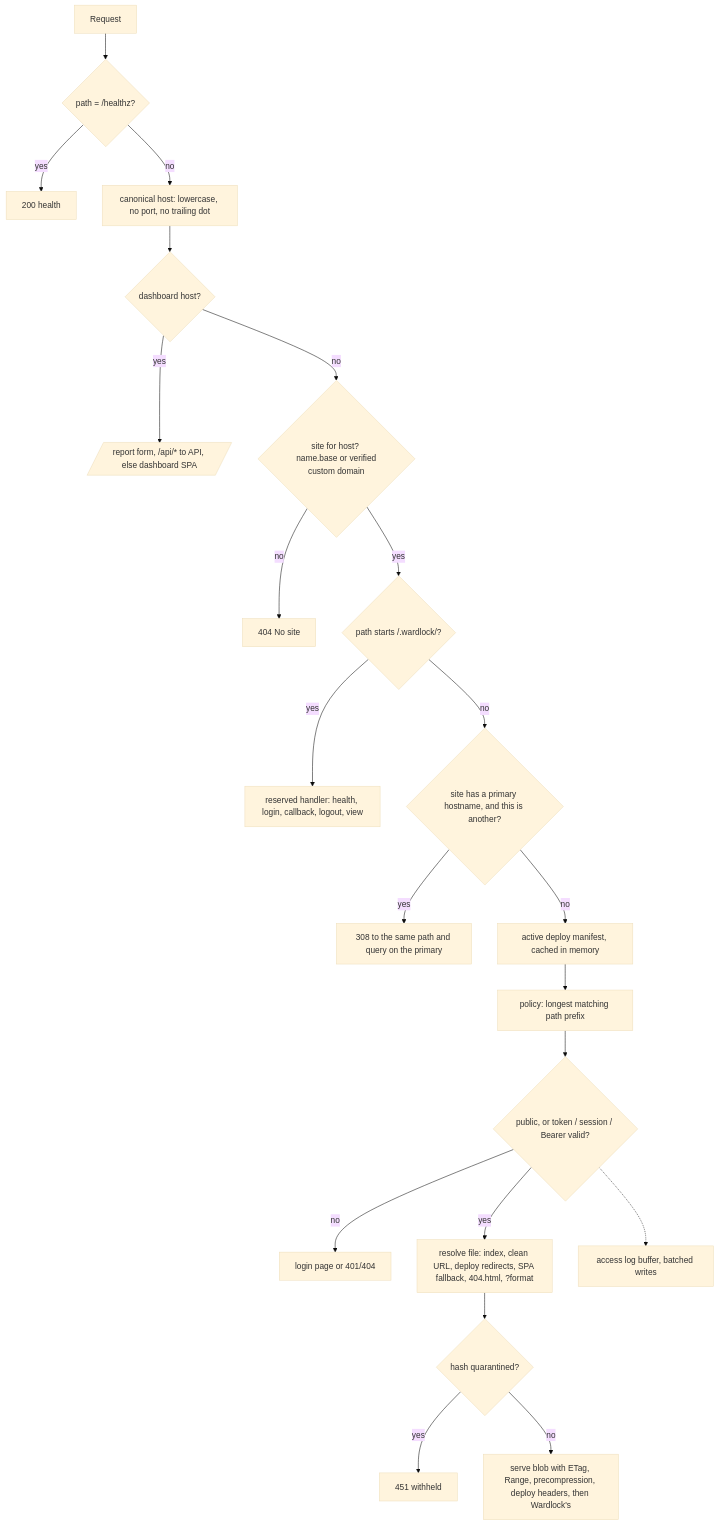
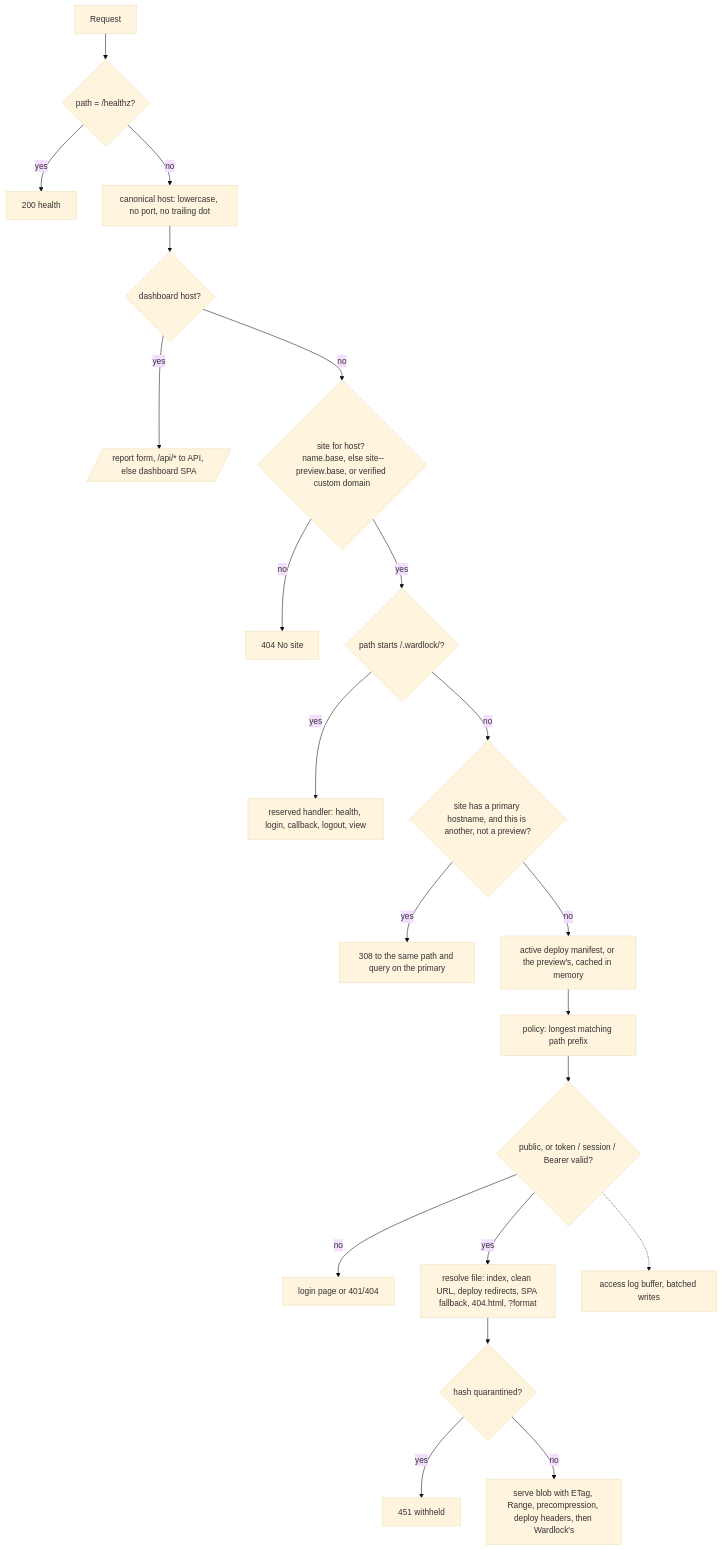
One commit to CubieCode/wardlock changed the second of 8 diagrams in docs/ARCHITECTURE.md. Above: the diagram before and after it, drawn with Mermaid (base theme). The commit also changed other lines of this file and 76 other files, not shown here.

````diff
--- a/docs/ARCHITECTURE.md
+++ b/docs/ARCHITECTURE.md
@@ -121,23 +122,23 @@
 ```mermaid
 flowchart TD
   R[Request] --> H{path = /healthz?}
   H -->|yes| OK[200 health]
   H -->|no| N[canonical host: lowercase, no port, no trailing dot]
   N --> DH{dashboard host?}
   DH -->|yes| DASH[/report form, /api/* to API, else dashboard SPA/]
-  DH -->|no| S{site for host? <br/> name.base or verified custom domain}
+  DH -->|no| S{site for host? <br/> name.base, else site--preview.base, or verified custom domain}
   S -->|no| NF[404 No site]
   S -->|yes| RES{path starts /.wardlock/?}
   RES -->|yes| RP[reserved handler: health, login, callback, logout, view]
-  RES -->|no| PH{site has a primary hostname, and this is another?}
+  RES -->|no| PH{site has a primary hostname, and this is another, not a preview?}
   PH -->|yes| PR[308 to the same path and query on the primary]
-  PH -->|no| AD[active deploy manifest, cached in memory]
+  PH -->|no| AD[active deploy manifest, or the preview's, cached in memory]
   AD --> P[policy: longest matching path prefix]
   P --> CHK{public, or token / session / Bearer valid?}
   CHK -->|no| LG[login page or 401/404]
   CHK -->|yes| F[resolve file: index, clean URL, deploy redirects, SPA fallback, 404.html, ?format]
   F --> W{hash quarantined?}
   W -->|yes| WH[451 withheld]
   W -->|no| OUT[serve blob with ETag, Range, precompression, deploy headers, then Wardlock's]
   CHK -.-> LOG[access log buffer, batched writes]
 ```
````
